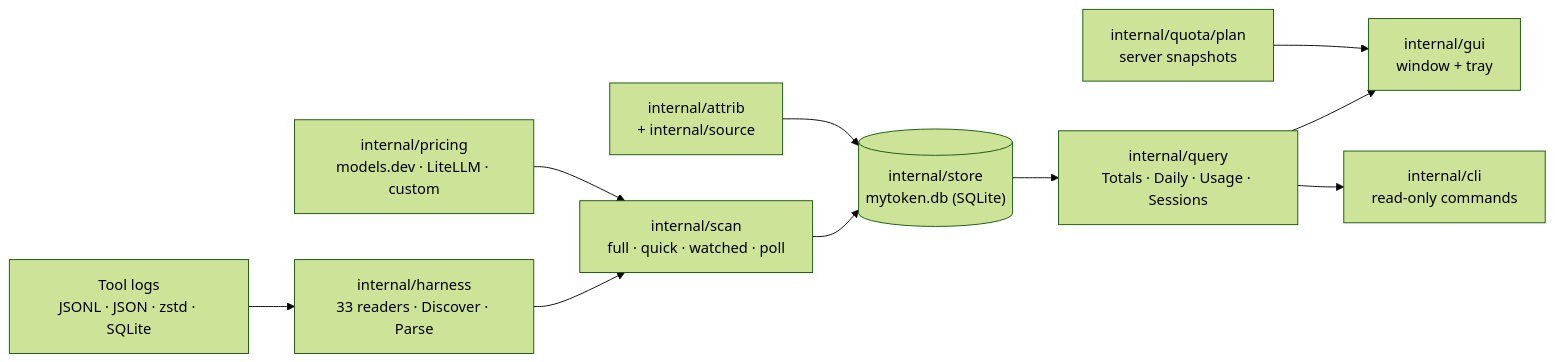
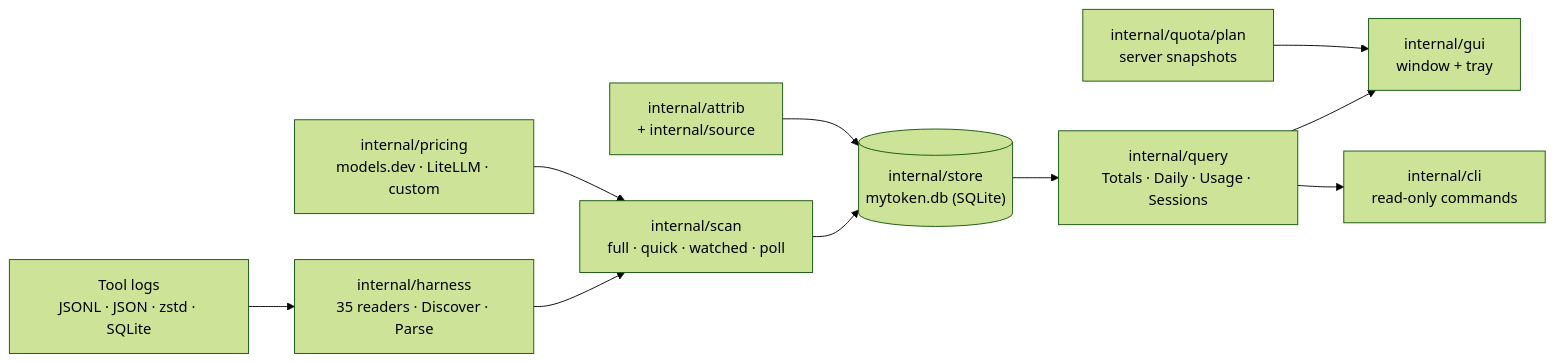
The diagram in docs/ARCHITECTURE.md (nerv-base/mytoken), drawn with Mermaid (forest theme) before and after one commit. The commit also changed other lines of this file and 14 other files, not shown here.

First line of the commit message:
harness: add Cindy SQLite reader

````diff
--- a/docs/ARCHITECTURE.md
+++ b/docs/ARCHITECTURE.md
@@ -9,12 +9,12 @@
 ```mermaid
 flowchart LR
-    logs["Tool logs<br/>JSONL · JSON · zstd · SQLite"] --> parsers["internal/harness<br/>33 readers · Discover · Parse"]
+    logs["Tool logs<br/>JSONL · JSON · zstd · SQLite"] --> parsers["internal/harness<br/>35 readers · Discover · Parse"]
     parsers --> scanner["internal/scan<br/>full · quick · watched · poll"]
     pricing["internal/pricing<br/>models.dev · LiteLLM · custom"] --> scanner
     scanner --> store[("internal/store<br/>mytoken.db (SQLite)")]
     attrib["internal/attrib<br/>+ internal/source"] --> store
     store --> query["internal/query<br/>Totals · Daily · Usage · Sessions"]
     query --> gui["internal/gui<br/>window + tray"]
     query --> cli["internal/cli<br/>read-only commands"]
     quota["internal/quota/plan<br/>server snapshots"] --> gui
 ```
````
